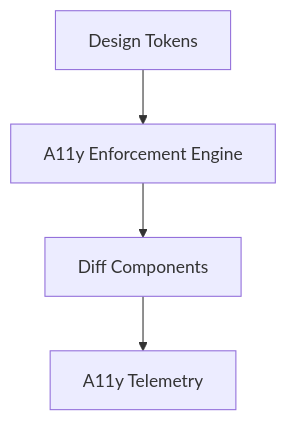
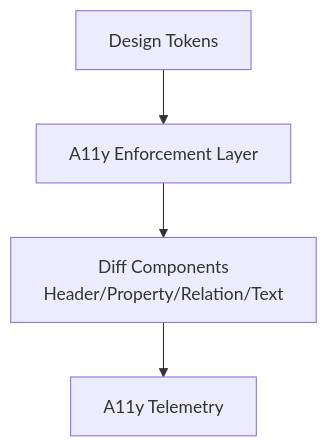
One commit to bartytime4life/Kansas-Frontier-Matrix changed the second of 3 diagrams in web/src/entities/diff-first/styles/README.md. Above: the diagram before and after it, drawn with Mermaid. The commit also changed other lines of this file, not shown here.

````diff
--- a/web/src/entities/diff-first/styles/README.md
+++ b/web/src/entities/diff-first/styles/README.md
@@ -238,6 +317,6 @@
-```mermaid
+~~~mermaid
 flowchart TD
-    TOK[Design Tokens] --> A11Y[A11y Enforcement Engine]
-    A11Y --> UI[Diff Components]
+    TOK[Design Tokens] --> A11Y[A11y Enforcement Layer]
+    A11Y --> UI[Diff Components<br/>Header/Property/Relation/Text]
     UI --> A11YTEL[A11y Telemetry]
-```
+~~~
````
